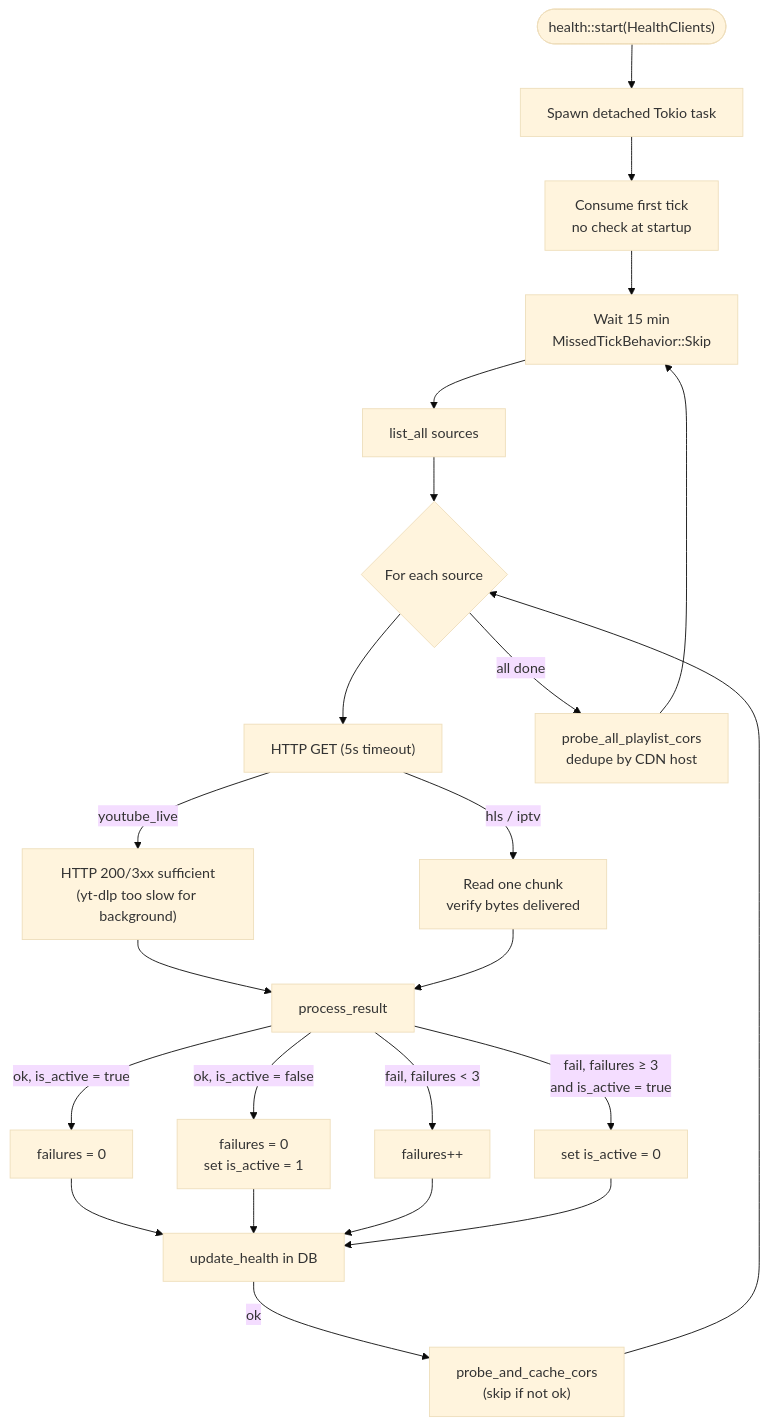
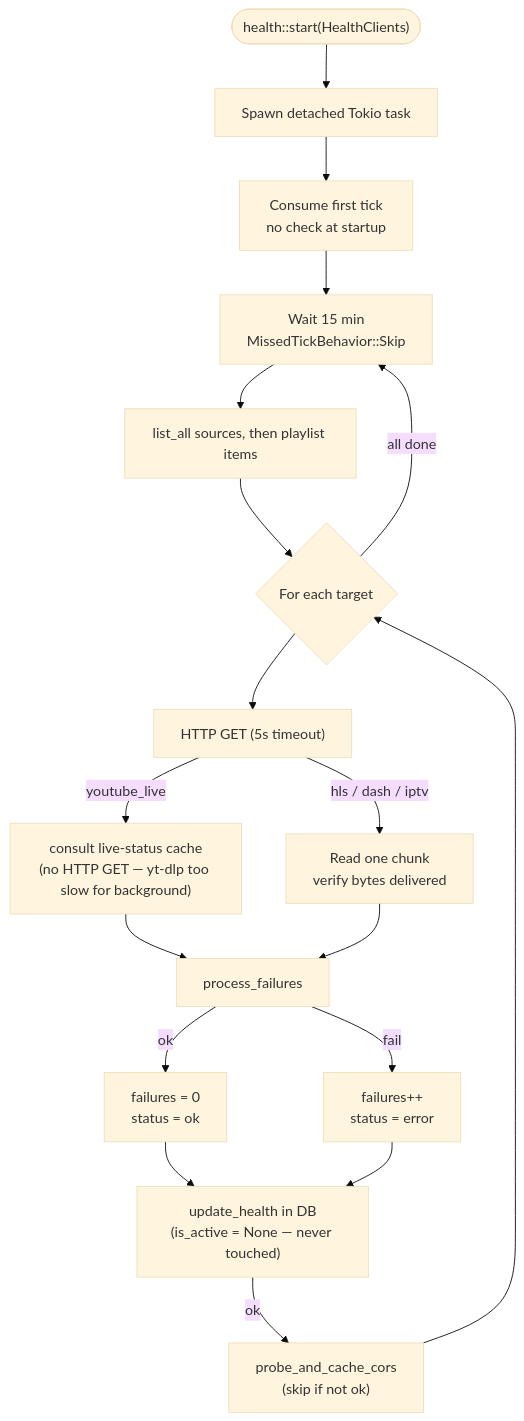
The first of 2 diagrams in docs/architecture/health-checker.md (Wkkkkk/MyTV), drawn with Mermaid (base theme) before and after one commit. The commit also changed other lines of this file, not shown here.

First line of the commit message:
docs(health): rewrite health-checker doc to match the code (no is_active mutation)

````diff
--- a/docs/architecture/health-checker.md
+++ b/docs/architecture/health-checker.md
@@ -7,25 +7,20 @@
 ```mermaid
 flowchart TD
     start(["health::start(HealthClients)"]) --> spawn[Spawn detached Tokio task]
     spawn --> t1[Consume first tick\nno check at startup]
     t1 --> wait["Wait 15 min\nMissedTickBehavior::Skip"]
-    wait --> fetch["list_all sources"]
-    fetch --> loop{For each source}
+    wait --> fetch["list_all sources, then playlist items"]
+    fetch --> loop{For each target}
     loop --> check["HTTP GET  (5s timeout)"]
-    check -->|youtube_live| yt["HTTP 200/3xx sufficient\n(yt-dlp too slow for background)"]
-    check -->|hls / iptv| chunk["Read one chunk\nverify bytes delivered"]
-    yt --> result[process_result]
+    check -->|youtube_live| yt["consult live-status cache\n(no HTTP GET — yt-dlp too slow for background)"]
+    check -->|hls / dash / iptv| chunk["Read one chunk\nverify bytes delivered"]
+    yt --> result[process_failures]
     chunk --> result
-    result -->|"ok, is_active = true"| reset["failures = 0"]
-    result -->|"ok, is_active = false"| reenable["failures = 0\nset is_active = 1"]
-    result -->|"fail, failures < 3"| inc["failures++"]
-    result -->|"fail, failures ≥ 3\nand is_active = true"| disable["set is_active = 0"]
-    reset --> db[update_health in DB]
-    reenable --> db
+    result -->|ok| reset["failures = 0\nstatus = ok"]
+    result -->|fail| inc["failures++\nstatus = error"]
+    reset --> db["update_health in DB\n(is_active = None — never touched)"]
     inc --> db
-    disable --> db
     db -->|ok| cors["probe_and_cache_cors\n(skip if not ok)"]
     cors --> loop
-    loop -->|all done| playlist["probe_all_playlist_cors\ndedupe by CDN host"]
-    playlist --> wait
+    loop -->|all done| wait
 ```
````
